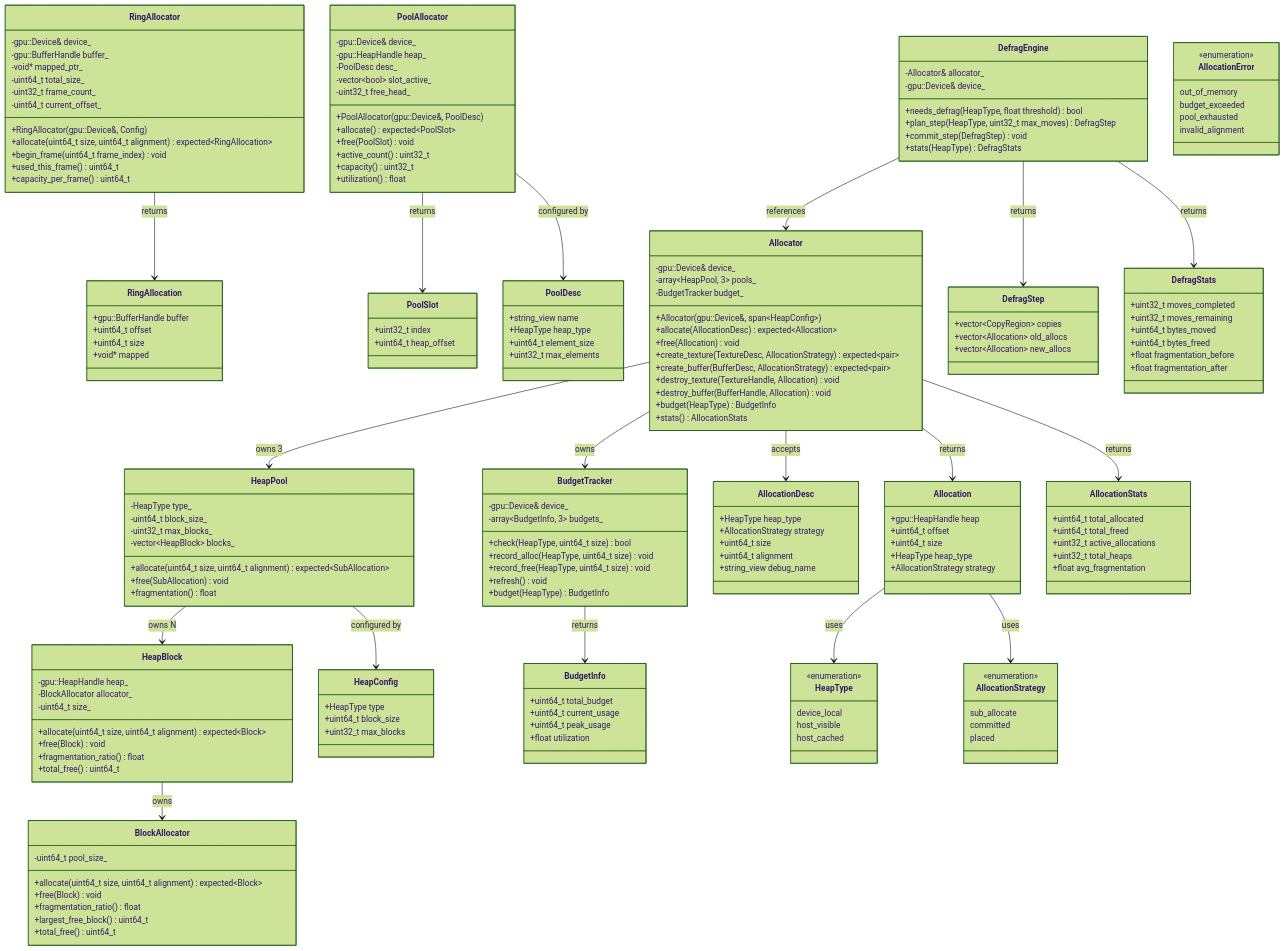
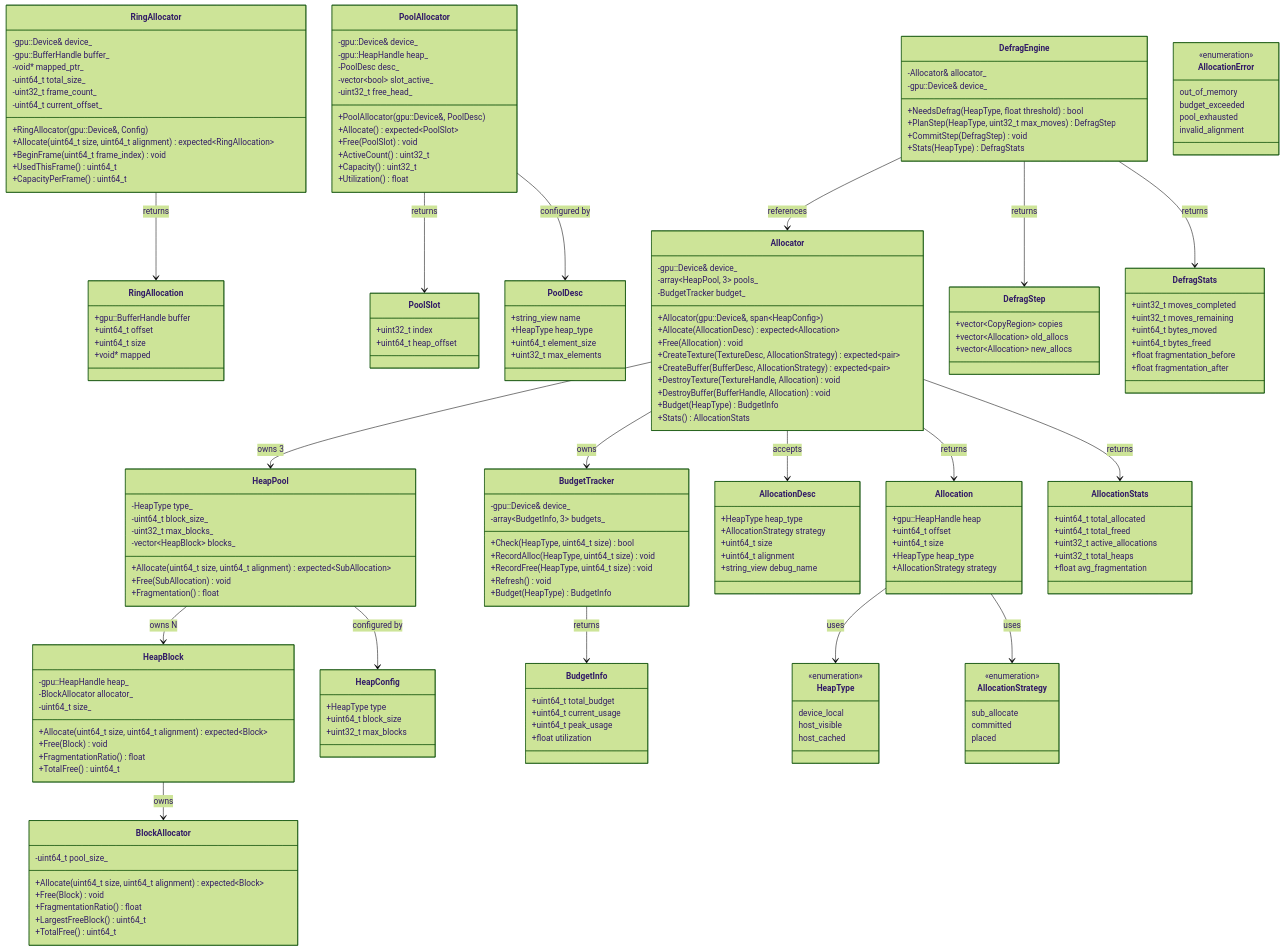
The first of 11 diagrams in docs/design/gpu-runtime-classes.md (harmonius-dev/harmonius), drawn with Mermaid (forest theme) before and after one commit. The commit also changed other lines of this file and 67 other files, not shown here.

```diff
--- a/docs/design/gpu-runtime-classes.md
+++ b/docs/design/gpu-runtime-classes.md
@@ -38,14 +38,14 @@
         -array~HeapPool, 3~ pools_
         -BudgetTracker budget_
         +Allocator(gpu::Device&, span~HeapConfig~)
-        +allocate(AllocationDesc) expected~Allocation~
-        +free(Allocation) void
-        +create_texture(TextureDesc, AllocationStrategy) expected~pair~
-        +create_buffer(BufferDesc, AllocationStrategy) expected~pair~
-        +destroy_texture(TextureHandle, Allocation) void
-        +destroy_buffer(BufferHandle, Allocation) void
-        +budget(HeapType) BudgetInfo
-        +stats() AllocationStats
+        +Allocate(AllocationDesc) expected~Allocation~
+        +Free(Allocation) void
+        +CreateTexture(TextureDesc, AllocationStrategy) expected~pair~
+        +CreateBuffer(BufferDesc, AllocationStrategy) expected~pair~
+        +DestroyTexture(TextureHandle, Allocation) void
+        +DestroyBuffer(BufferHandle, Allocation) void
+        +Budget(HeapType) BudgetInfo
+        +Stats() AllocationStats
     }
 
     class HeapPool {
@@ -53,28 +53,28 @@
         -uint64_t block_size_
         -uint32_t max_blocks_
         -vector~HeapBlock~ blocks_
-        +allocate(uint64_t size, uint64_t alignment) expected~SubAllocation~
-        +free(SubAllocation) void
-        +fragmentation() float
+        +Allocate(uint64_t size, uint64_t alignment) expected~SubAllocation~
+        +Free(SubAllocation) void
+        +Fragmentation() float
     }
 
     class HeapBlock {
         -gpu::HeapHandle heap_
         -BlockAllocator allocator_
         -uint64_t size_
-        +allocate(uint64_t size, uint64_t alignment) expected~Block~
-        +free(Block) void
-        +fragmentation_ratio() float
-        +total_free() uint64_t
+        +Allocate(uint64_t size, uint64_t alignment) expected~Block~
+        +Free(Block) void
+        +FragmentationRatio() float
+        +TotalFree() uint64_t
     }
 
     class BlockAllocator {
         -uint64_t pool_size_
-        +allocate(uint64_t size, uint64_t alignment) expected~Block~
-        +free(Block) void
-        +fragmentation_ratio() float
-        +largest_free_block() uint64_t
-        +total_free() uint64_t
+        +Allocate(uint64_t size, uint64_t alignment) expected~Block~
+        +Free(Block) void
+        +FragmentationRatio() float
+        +LargestFreeBlock() uint64_t
+        +TotalFree() uint64_t
     }
 
     class RingAllocator {
@@ -85,10 +85,10 @@
         -uint32_t frame_count_
         -uint64_t current_offset_
         +RingAllocator(gpu::Device&, Config)
-        +allocate(uint64_t size, uint64_t alignment) expected~RingAllocation~
-        +begin_frame(uint64_t frame_index) void
-        +used_this_frame() uint64_t
-        +capacity_per_frame() uint64_t
+        +Allocate(uint64_t size, uint64_t alignment) expected~RingAllocation~
+        +BeginFrame(uint64_t frame_index) void
+        +UsedThisFrame() uint64_t
+        +CapacityPerFrame() uint64_t
     }
 
     class PoolAllocator {
@@ -98,30 +98,30 @@
         -vector~bool~ slot_active_
         -uint32_t free_head_
         +PoolAllocator(gpu::Device&, PoolDesc)
-        +allocate() expected~PoolSlot~
-        +free(PoolSlot) void
-        +active_count() uint32_t
-        +capacity() uint32_t
-        +utilization() float
+        +Allocate() expected~PoolSlot~
+        +Free(PoolSlot) void
+        +ActiveCount() uint32_t
+        +Capacity() uint32_t
+        +Utilization() float
     }
 
     class DefragEngine {
         -Allocator& allocator_
         -gpu::Device& device_
-        +needs_defrag(HeapType, float threshold) bool
-        +plan_step(HeapType, uint32_t max_moves) DefragStep
-        +commit_step(DefragStep) void
-        +stats(HeapType) DefragStats
+        +NeedsDefrag(HeapType, float threshold) bool
+        +PlanStep(HeapType, uint32_t max_moves) DefragStep
+        +CommitStep(DefragStep) void
+        +Stats(HeapType) DefragStats
     }
 
     class BudgetTracker {
         -gpu::Device& device_
         -array~BudgetInfo, 3~ budgets_
-        +check(HeapType, uint64_t size) bool
-        +record_alloc(HeapType, uint64_t size) void
-        +record_free(HeapType, uint64_t size) void
-        +refresh() void
-        +budget(HeapType) BudgetInfo
+        +Check(HeapType, uint64_t size) bool
+        +RecordAlloc(HeapType, uint64_t size) void
+        +RecordFree(HeapType, uint64_t size) void
+        +Refresh() void
+        +Budget(HeapType) BudgetInfo
     }
 
     class Allocation {
```
